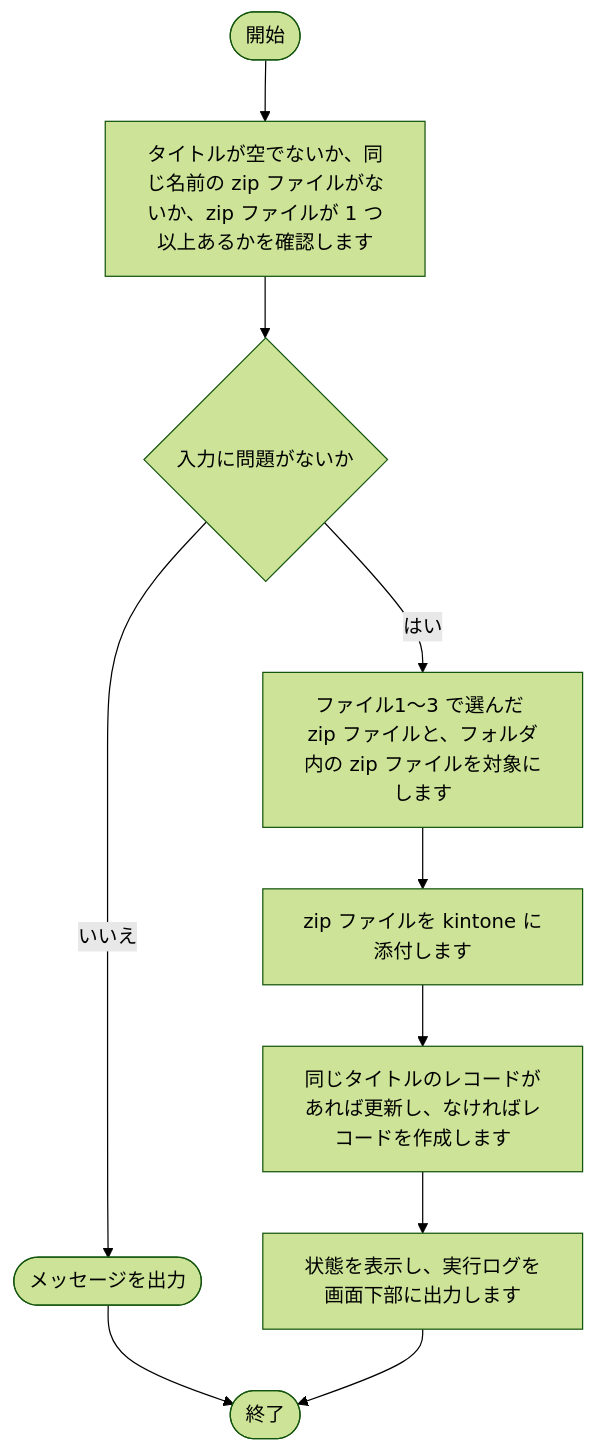
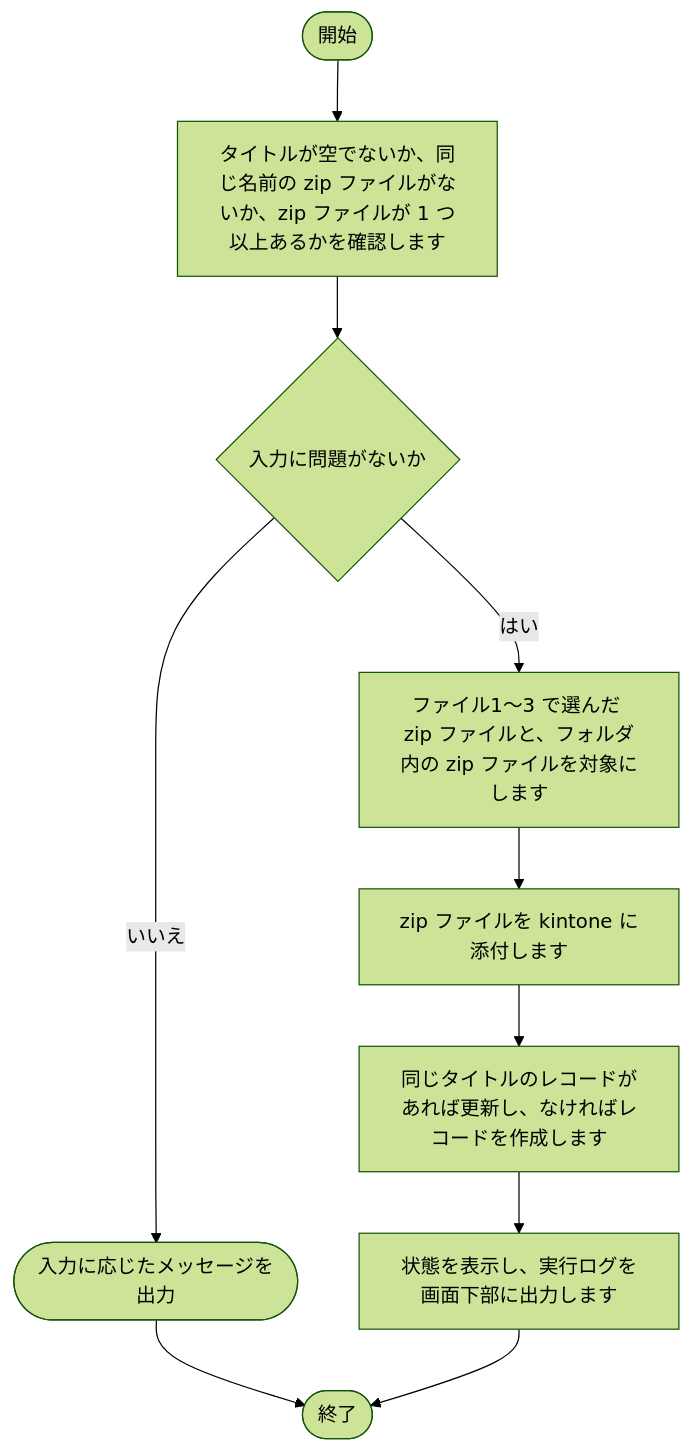
The third of 13 diagrams in tool/package-generator/doc/02_設計/処理フロー.md (nishida2073/project_management), drawn with Mermaid (forest theme) before and after one commit. The commit also changed other lines of this file and 81 other files, not shown here.

````diff
--- a/tool/package-generator/doc/02_設計/処理フロー.md
+++ b/tool/package-generator/doc/02_設計/処理フロー.md
@@ -93,21 +103,21 @@
 ```mermaid
 flowchart TD
     S(["開始"])
     E(["終了"])
     N1["タイトルが空でないか、同じ名前の zip ファイルがないか、zip ファイルが 1 つ以上あるかを確認します"]
     S --> N1
     N2{"入力に問題がないか"}
     N1 --> N2
-    X1(["メッセージを出力"])
+    X1(["入力に応じたメッセージを出力"])
     N2 -- いいえ --> X1
     X1 --> E
     N3["ファイル1〜3 で選んだ zip ファイルと、フォルダ内の zip ファイルを対象にします"]
     N2 -- はい --> N3
     N4["zip ファイルを kintone に添付します"]
     N3 --> N4
     N5["同じタイトルのレコードがあれば更新し、なければレコードを作成します"]
     N4 --> N5
     N6["状態を表示し、実行ログを画面下部に出力します"]
     N5 --> N6
     N6 --> E
 ```
````
